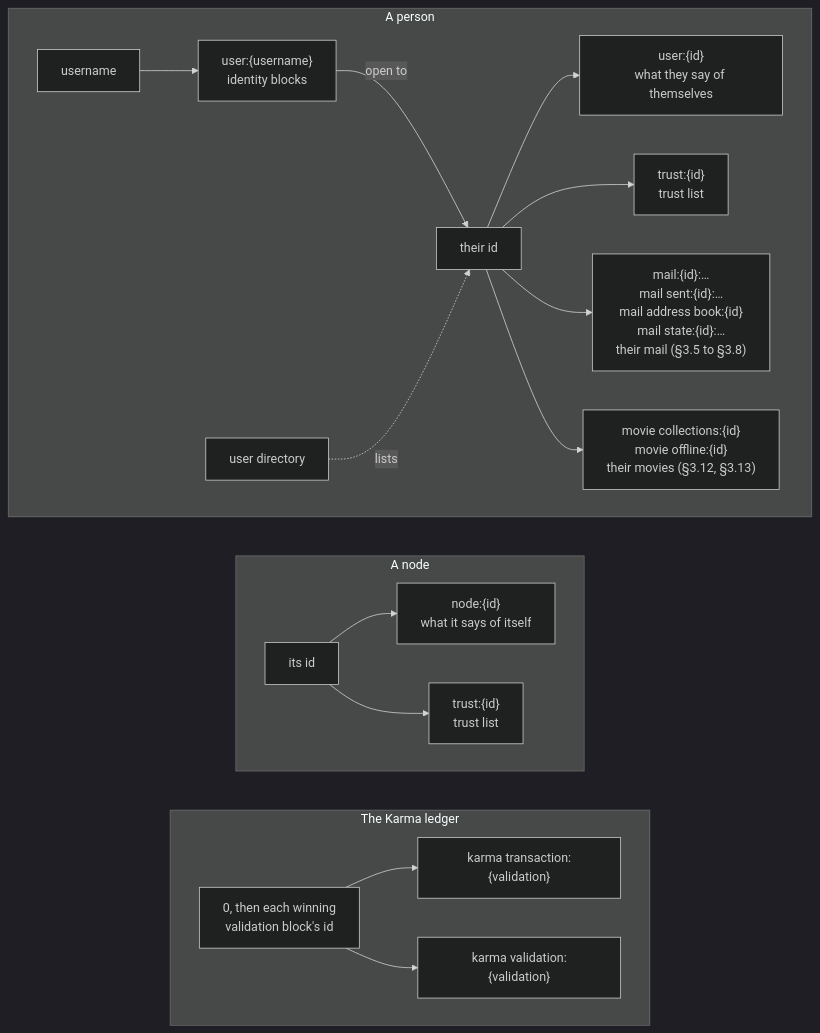
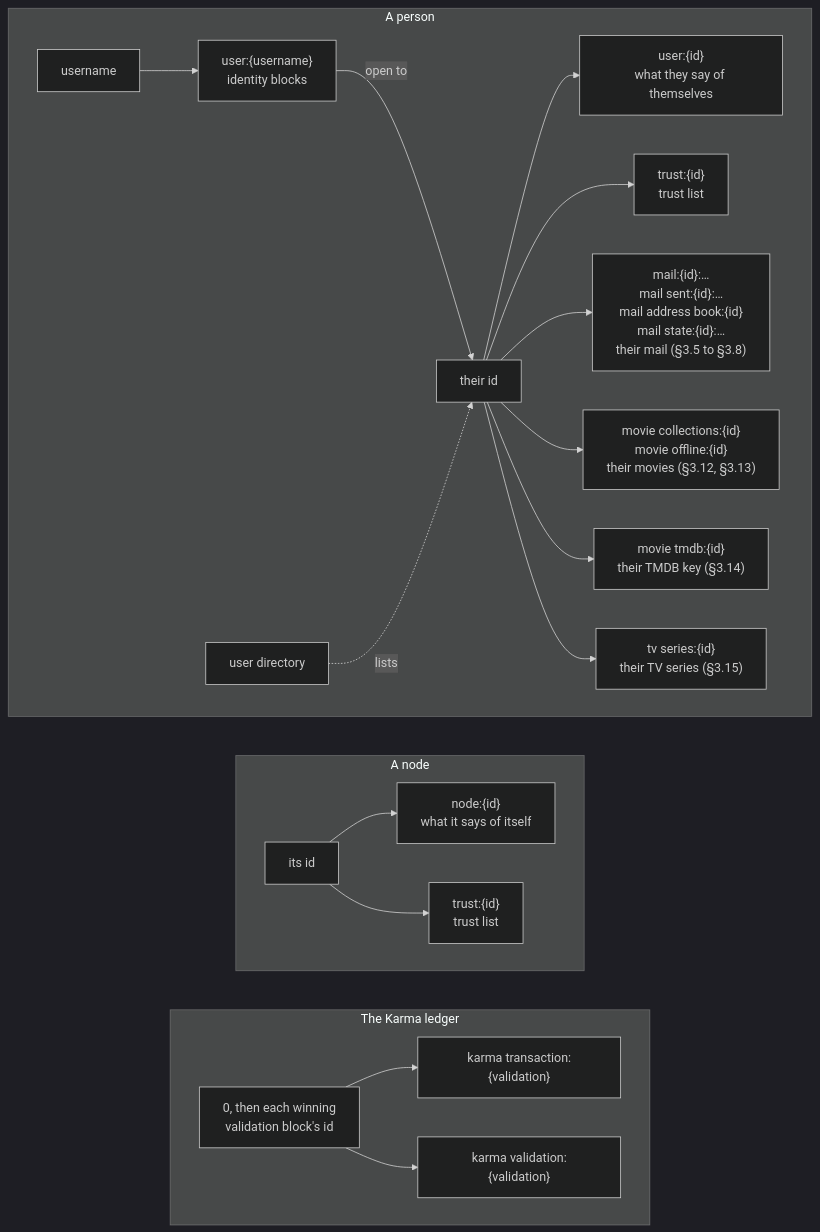
Before and after one commit to marcpage/libranet: the first of 2 diagrams in docs/specs/KnownDrops.md, drawn with Mermaid (dark theme). The commit also changed other lines of this file and 7 other files, not shown here.

````diff
--- a/docs/specs/KnownDrops.md
+++ b/docs/specs/KnownDrops.md
@@ -36,25 +38,27 @@
 ```mermaid
 flowchart TB
     subgraph person["A person"]
         direction LR
         username["username"] --> blocks["user:{username}<br/>identity blocks"]
         blocks -->|"open to"| pid["their id"]
         directory["user directory"] -.->|lists| pid
         pid --> says["user:{id}<br/>what they say of themselves"]
         pid --> ptrust["trust:{id}<br/>trust list"]
         pid --> mail["mail:{id}:…<br/>mail sent:{id}:…<br/>mail address book:{id}<br/>mail state:{id}:…<br/>their mail (§3.5 to §3.8)"]
         pid --> movie["movie collections:{id}<br/>movie offline:{id}<br/>their movies (§3.12, §3.13)"]
+        pid --> tmdb["movie tmdb:{id}<br/>their TMDB key (§3.14)"]
+        pid --> tv["tv series:{id}<br/>their TV series (§3.15)"]
     end
     subgraph node["A node"]
         direction LR
         nid["its id"] --> nsays["node:{id}<br/>what it says of itself"]
         nid --> ntrust["trust:{id}<br/>trust list"]
     end
     subgraph karma["The Karma ledger"]
         direction LR
         validation["0, then each winning<br/>validation block's id"] --> kt["karma transaction:{validation}"]
         validation --> kv["karma validation:{validation}"]
     end
     person ~~~ node
     node ~~~ karma
 ```
````
